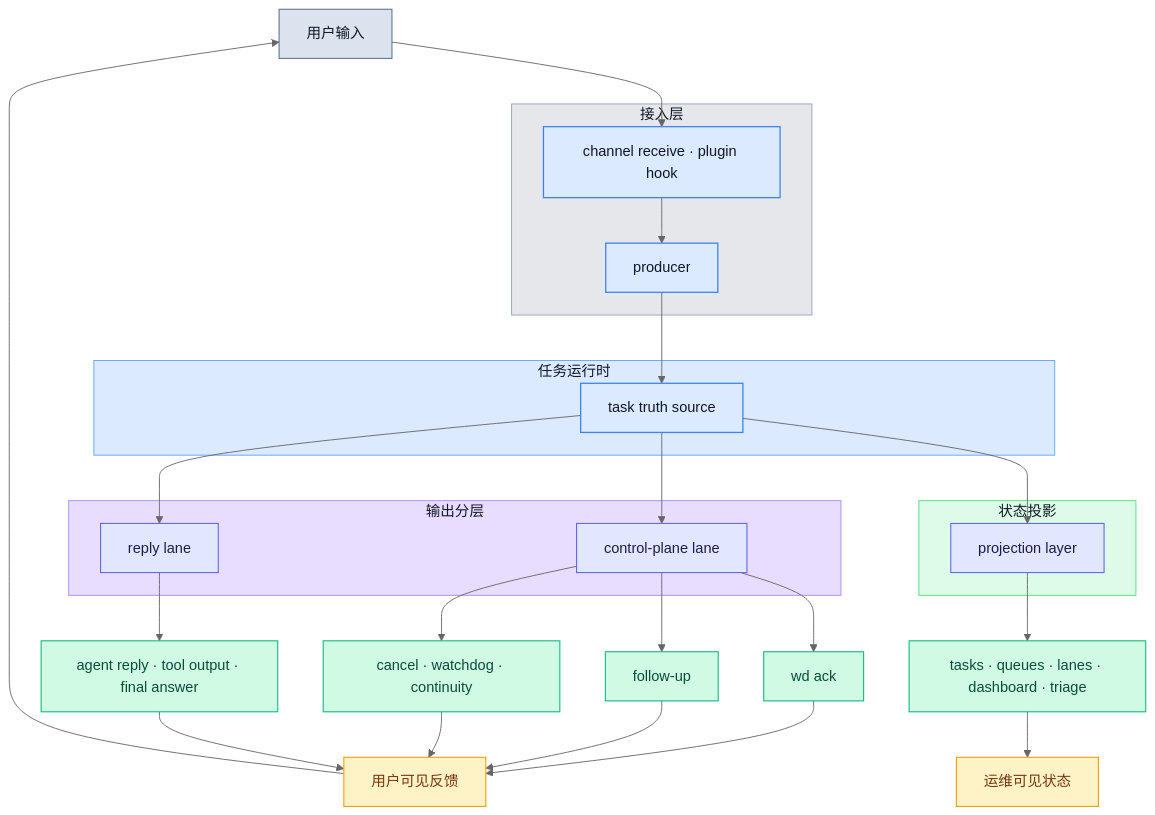
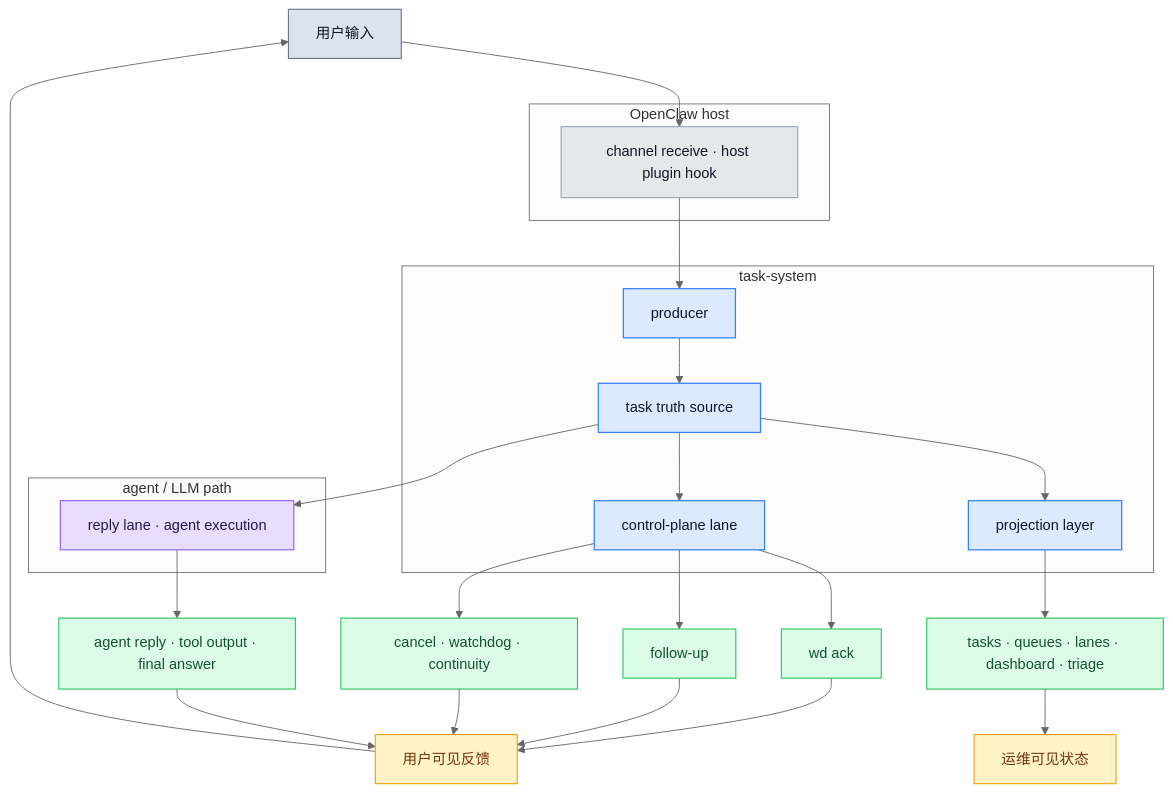
The first of 3 diagrams in docs/architecture.md (redcreen/openclaw-task-system), drawn with Mermaid (neutral theme) before and after one commit. The commit also changed other lines of this file and 27 other files, not shown here.

````diff
--- a/docs/architecture.md
+++ b/docs/architecture.md
@@ -60,57 +98,52 @@
 ```mermaid
 flowchart TD
-    classDef source fill:#dbe4ee,stroke:#64748b,color:#0f172a,stroke-width:1.2px;
-    classDef core fill:#dbeafe,stroke:#3b82f6,color:#0f172a,stroke-width:1.4px;
-    classDef lane fill:#e0e7ff,stroke:#6366f1,color:#1e1b4b,stroke-width:1.2px;
-    classDef output fill:#d1fae5,stroke:#10b981,color:#064e3b,stroke-width:1.2px;
+    classDef user fill:#dbe4ee,stroke:#64748b,color:#0f172a,stroke-width:1.2px;
+    classDef host fill:#e5e7eb,stroke:#94a3b8,color:#111827,stroke-width:1.2px;
+    classDef task fill:#dbeafe,stroke:#3b82f6,color:#0f172a,stroke-width:1.4px;
+    classDef llm fill:#e9ddff,stroke:#8b5cf6,color:#1f1b4b,stroke-width:1.2px;
+    classDef output fill:#dcfce7,stroke:#22c55e,color:#14532d,stroke-width:1.2px;
     classDef visible fill:#fef3c7,stroke:#f59e0b,color:#78350f,stroke-width:1.2px;
-    style intake fill:#e5e7eb,stroke:#94a3b8,stroke-width:1px,color:#111827
-    style runtime fill:#dbeafe,stroke:#60a5fa,stroke-width:1px,color:#111827
-    style lanes fill:#e9ddff,stroke:#a78bfa,stroke-width:1px,color:#111827
-    style projection fill:#dcfce7,stroke:#4ade80,stroke-width:1px,color:#111827
 
     U["用户输入"]
     UX["用户可见反馈"]
     OPS["运维可见状态"]
 
-    subgraph intake["接入层"]
-        R["channel receive · plugin hook"]
-        P["producer"]
+    subgraph hoststack["OpenClaw host"]
+        R["channel receive · host plugin hook"]
     end
 
-    subgraph runtime["任务运行时"]
+    subgraph taskstack["task-system"]
+        P["producer"]
         T["task truth source"]
+        C["control-plane lane"]
+        V["projection layer"]
     end
 
-    subgraph lanes["输出分层"]
-        C["control-plane lane"]
-        A["reply lane"]
-    end
-
-    subgraph projection["状态投影"]
-        V["projection layer"]
+    subgraph agentstack["agent / LLM path"]
+        A["reply lane · agent execution"]
     end
 
     U --> R --> P --> T
     T --> C
     T --> A
     T --> V
 
     C --> C1["wd ack"]
     C --> C2["follow-up"]
     C --> C3["cancel · watchdog · continuity"]
     A --> A1["agent reply · tool output · final answer"]
     V --> V1["tasks · queues · lanes · dashboard · triage"]
     C1 --> UX
     C2 --> UX
     C3 --> UX
     A1 --> UX
     V1 --> OPS
     UX --> U
 
-    class U source
-    class R,P,T core
-    class C,A,V lane
+    class U user
+    class R host
+    class P,T,C,V task
+    class A llm
     class C1,C2,C3,A1,V1 output
     class UX,OPS visible
 ```
````
